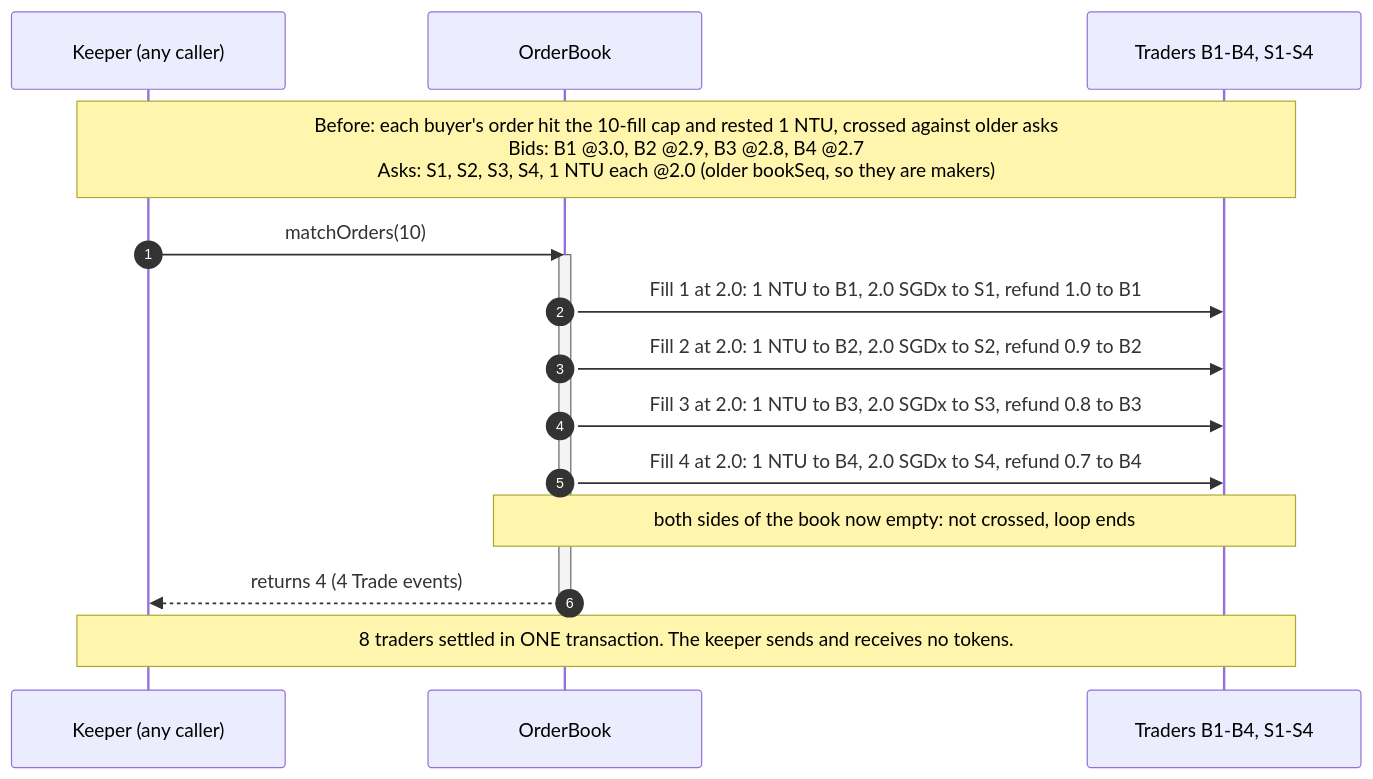
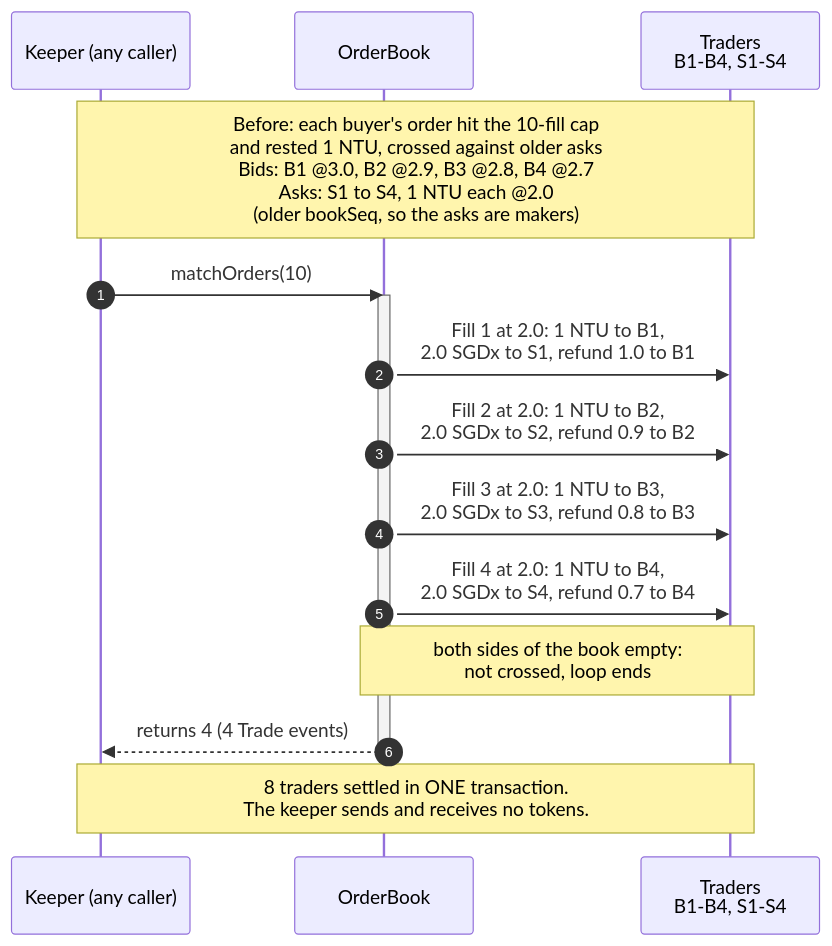
The diagram in docs/report/diagrams/08-batch-match.mmd (Nitecry7/SC4053-BlockChain-Project), drawn with Mermaid before and after one commit. The commit also changed 29 other files, not shown here.

```diff
--- a/docs/report/diagrams/08-batch-match.mmd
+++ b/docs/report/diagrams/08-batch-match.mmd
@@ -1,24 +1,24 @@
 ---
 config:
   sequence:
     wrap: false
-    width: 230
-    actorMargin: 120
-    noteMargin: 12
+    width: 150
+    actorMargin: 40
+    noteMargin: 10
 ---
 sequenceDiagram
   autonumber
   participant K as Keeper (any caller)
   participant OB as OrderBook
-  participant T as Traders B1-B4, S1-S4
-  Note over K,T: Before: each buyer's order hit the 10-fill cap and rested 1 NTU, crossed against older asks<br/>Bids: B1 @3.0, B2 @2.9, B3 @2.8, B4 @2.7<br/>Asks: S1, S2, S3, S4, 1 NTU each @2.0 (older bookSeq, so they are makers)
+  participant T as Traders<br/>B1-B4, S1-S4
+  Note over K,T: Before: each buyer's order hit the 10-fill cap<br/>and rested 1 NTU, crossed against older asks<br/>Bids: B1 @3.0, B2 @2.9, B3 @2.8, B4 @2.7<br/>Asks: S1 to S4, 1 NTU each @2.0<br/>(older bookSeq, so the asks are makers)
   K->>OB: matchOrders(10)
   activate OB
-  OB->>T: Fill 1 at 2.0: 1 NTU to B1, 2.0 SGDx to S1, refund 1.0 to B1
-  OB->>T: Fill 2 at 2.0: 1 NTU to B2, 2.0 SGDx to S2, refund 0.9 to B2
-  OB->>T: Fill 3 at 2.0: 1 NTU to B3, 2.0 SGDx to S3, refund 0.8 to B3
-  OB->>T: Fill 4 at 2.0: 1 NTU to B4, 2.0 SGDx to S4, refund 0.7 to B4
-  Note over OB,T: both sides of the book now empty: not crossed, loop ends
+  OB->>T: Fill 1 at 2.0: 1 NTU to B1,<br/>2.0 SGDx to S1, refund 1.0 to B1
+  OB->>T: Fill 2 at 2.0: 1 NTU to B2,<br/>2.0 SGDx to S2, refund 0.9 to B2
+  OB->>T: Fill 3 at 2.0: 1 NTU to B3,<br/>2.0 SGDx to S3, refund 0.8 to B3
+  OB->>T: Fill 4 at 2.0: 1 NTU to B4,<br/>2.0 SGDx to S4, refund 0.7 to B4
+  Note over OB,T: both sides of the book empty:<br/>not crossed, loop ends
   OB-->>K: returns 4 (4 Trade events)
   deactivate OB
-  Note over K,T: 8 traders settled in ONE transaction. The keeper sends and receives no tokens.
+  Note over K,T: 8 traders settled in ONE transaction.<br/>The keeper sends and receives no tokens.
```
